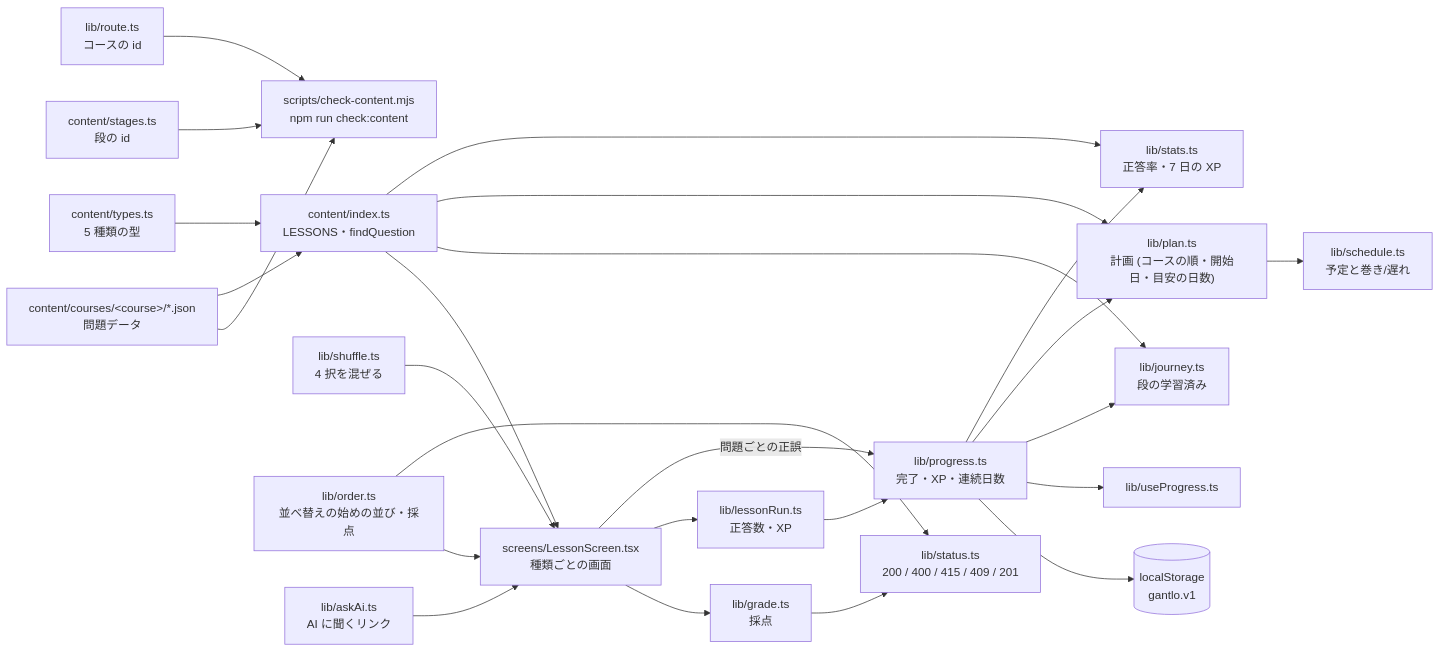
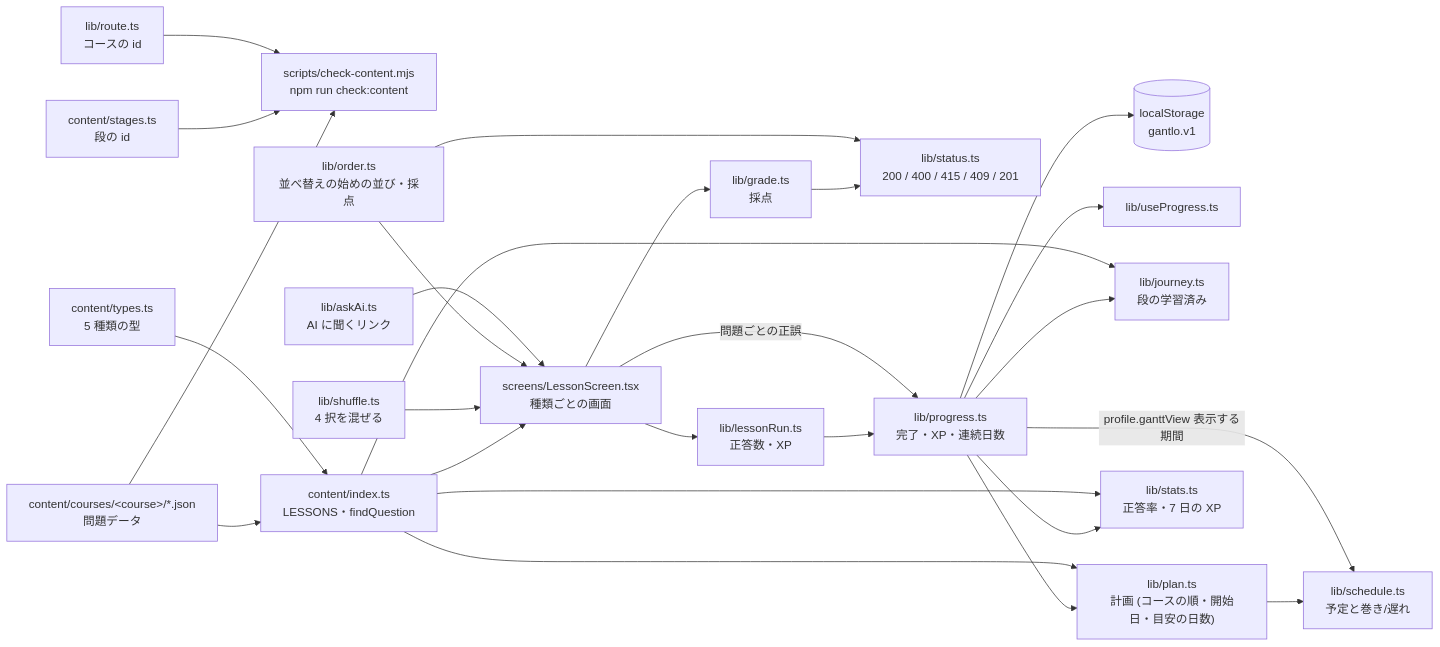
Before and after one commit to maco165/gantlo: the second of 3 diagrams in README.md, drawn with Mermaid. The commit also changed other lines of this file, not shown here.

First line of the commit message:
README の見せ方の表と図に、目盛り・表示する期間・判定の色・計画なしを足す

````diff
--- a/README.md
+++ b/README.md
@@ -75,27 +75,28 @@
 ```mermaid
 flowchart LR
   json["content/courses/#lt;course#gt;/*.json<br/>問題データ"] --> check["scripts/check-content.mjs<br/>npm run check:content"]
   stages["content/stages.ts<br/>段の id"] --> check
   courses["lib/route.ts<br/>コースの id"] --> check
   json --> index["content/index.ts<br/>LESSONS・findQuestion"]
   types["content/types.ts<br/>5 種類の型"] --> index
   index --> lesson["screens/LessonScreen.tsx<br/>種類ごとの画面"]
   shuffle["lib/shuffle.ts<br/>4 択を混ぜる"] --> lesson
   order["lib/order.ts<br/>並べ替えの始めの並び・採点"] --> lesson
   ask["lib/askAi.ts<br/>AI に聞くリンク"] --> lesson
   lesson --> grade["lib/grade.ts<br/>採点"]
   grade --> st["lib/status.ts<br/>200 / 400 / 415 / 409 / 201"]
   order --> st
   lesson --> run["lib/lessonRun.ts<br/>正答数・XP"]
   run --> progress["lib/progress.ts<br/>完了・XP・連続日数"]
   lesson -->|問題ごとの正誤| progress
   progress --> ls[("localStorage<br/>gantlo.v1")]
   progress --> hook["lib/useProgress.ts"]
   progress --> journey["lib/journey.ts<br/>段の学習済み"]
   progress --> planlib["lib/plan.ts<br/>計画 (コースの順・開始日・目安の日数)"]
   planlib --> schedlib["lib/schedule.ts<br/>予定と巻き/遅れ"]
+  progress -->|profile.ganttView 表示する期間| schedlib
   index --> journey
   index --> planlib
   progress --> statslib["lib/stats.ts<br/>正答率・7 日の XP"]
   index --> statslib
 ```
````
